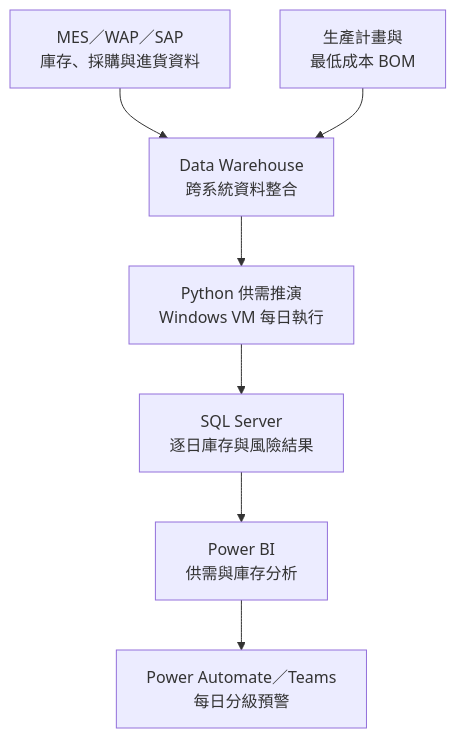
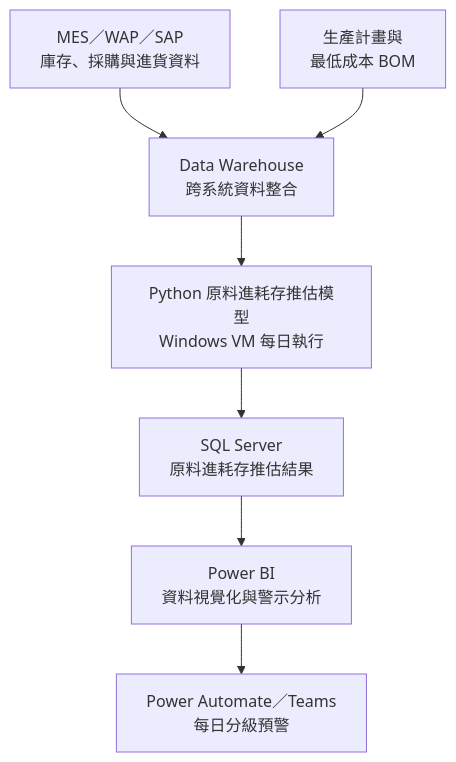
One commit to ChienChienChien/Material_Forecasting_System changed the diagram in README_ZH-TW.md. Above: the diagram before and after it, drawn with Mermaid. The commit also changed other lines of this file, not shown here.

````diff
--- a/README_ZH-TW.md
+++ b/README_ZH-TW.md
@@ -140,17 +123,17 @@
 ```mermaid
 flowchart TD
     A["MES／WAP／SAP<br/>庫存、採購與進貨資料"]
     B["生產計畫與<br/>最低成本 BOM"]
     C["Data Warehouse<br/>跨系統資料整合"]
-    D["Python 供需推演<br/>Windows VM 每日執行"]
-    E["SQL Server<br/>逐日庫存與風險結果"]
-    F["Power BI<br/>供需與庫存分析"]
+    D["Python 原料進耗存推估模型<br/>Windows VM 每日執行"]
+    E["SQL Server<br/>原料進耗存推估結果"]
+    F["Power BI<br/>資料視覺化與警示分析"]
     G["Power Automate／Teams<br/>每日分級預警"]
 
     A --> C
     B --> C
     C --> D
     D --> E
     E --> F
     F --> G
 ```
````
